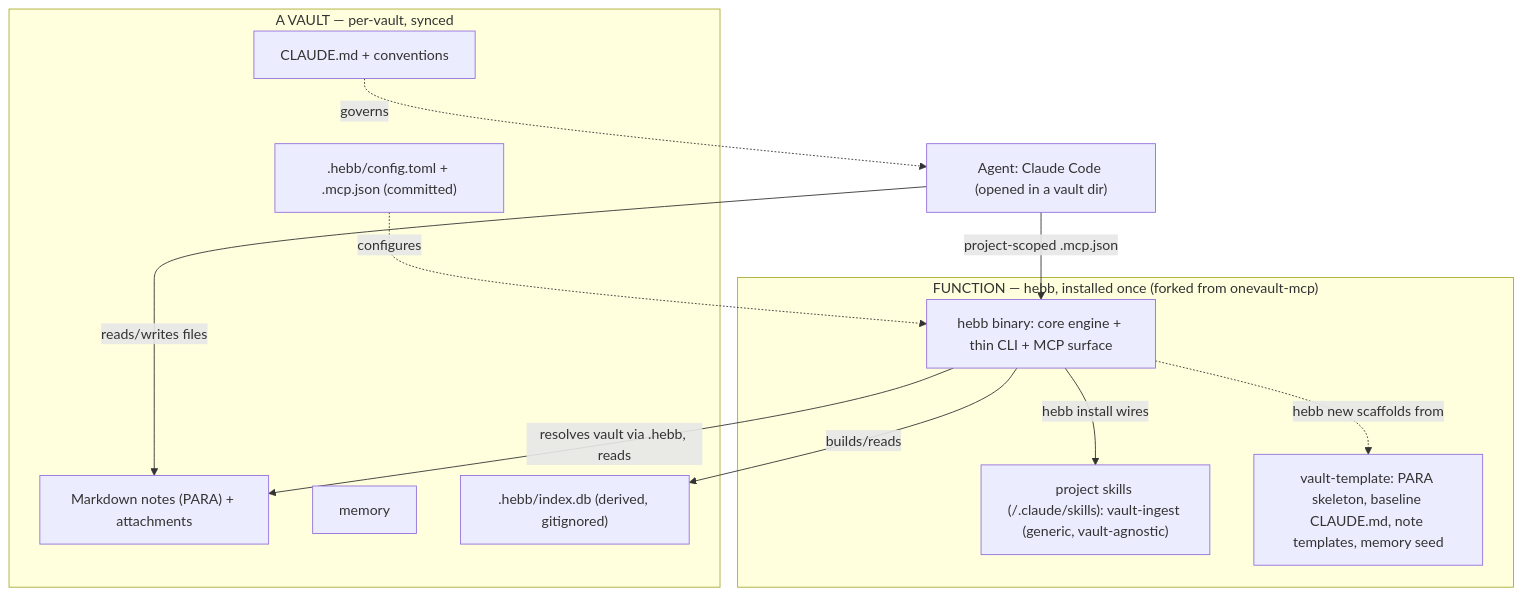
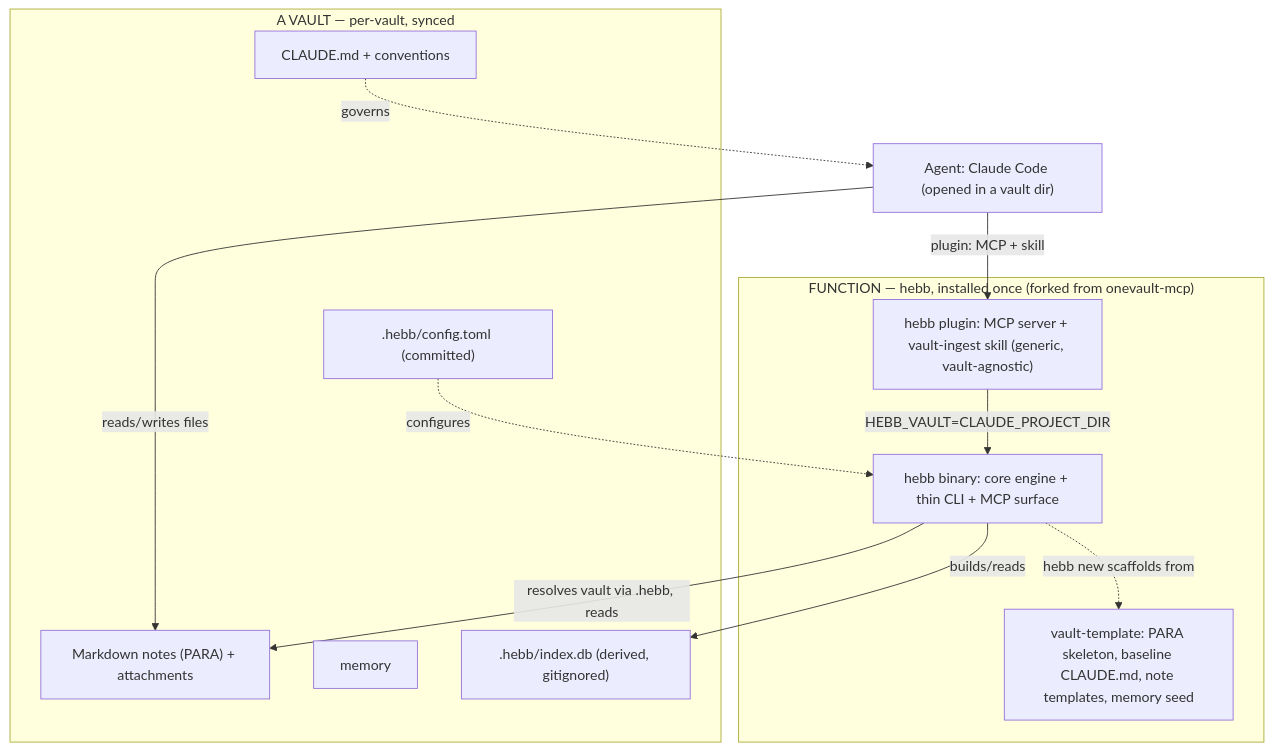
Before and after one commit to cizer/hebb: the diagram in ARCHITECTURE.md, drawn with Mermaid. The commit also changed other lines of this file and 16 other files, not shown here.

First line of the commit message:
refactor: slim install to data-side; plugin delivers skills (B2)

````diff
--- a/ARCHITECTURE.md
+++ b/ARCHITECTURE.md
@@ -49,27 +49,27 @@
 ```mermaid
 flowchart TB
   AGENT["Agent: Claude Code (opened in a vault dir)"]
 
   subgraph SHARED["FUNCTION — hebb, installed once (forked from onevault-mcp)"]
     BIN["hebb binary: core engine + thin CLI + MCP surface"]
-    SK["project skills (<vault>/.claude/skills): vault-ingest (generic, vault-agnostic)"]
+    PLG["hebb plugin: MCP server + vault-ingest skill (generic, vault-agnostic)"]
     TPL["vault-template: PARA skeleton, baseline CLAUDE.md, note templates, memory seed"]
   end
 
   subgraph VAULT["A VAULT — per-vault, synced"]
     MD["Markdown notes (PARA) + attachments"]
     MEM["memory"]
     CONV["CLAUDE.md + conventions"]
-    HCFG[".hebb/config.toml + .mcp.json (committed)"]
+    HCFG[".hebb/config.toml (committed)"]
     IDX[".hebb/index.db (derived, gitignored)"]
   end
 
   AGENT -->|reads/writes files| MD
-  AGENT -->|project-scoped .mcp.json| BIN
+  AGENT -->|plugin: MCP + skill| PLG
+  PLG -->|HEBB_VAULT=CLAUDE_PROJECT_DIR| BIN
   BIN -->|resolves vault via .hebb, reads| MD
   BIN -->|builds/reads| IDX
-  BIN -->|hebb install wires| SK
   BIN -.hebb new scaffolds from.-> TPL
   HCFG -.configures.-> BIN
   CONV -.governs.-> AGENT
 ```
````
